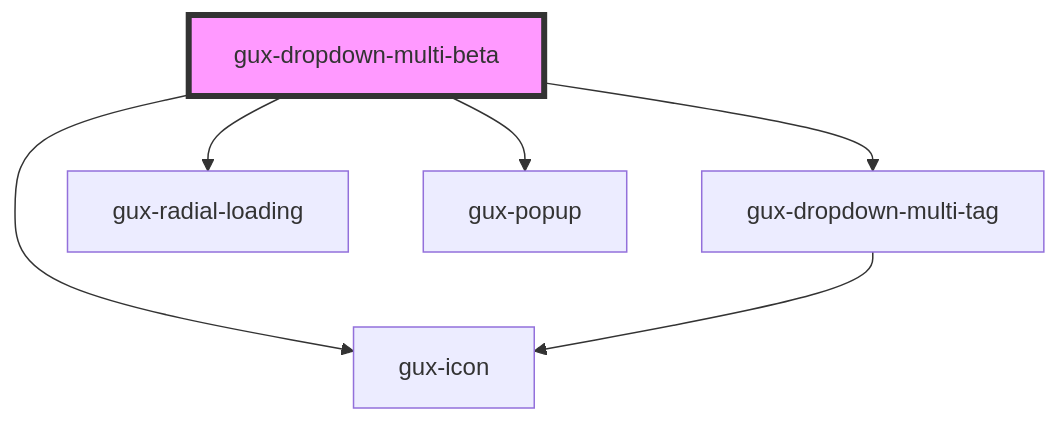
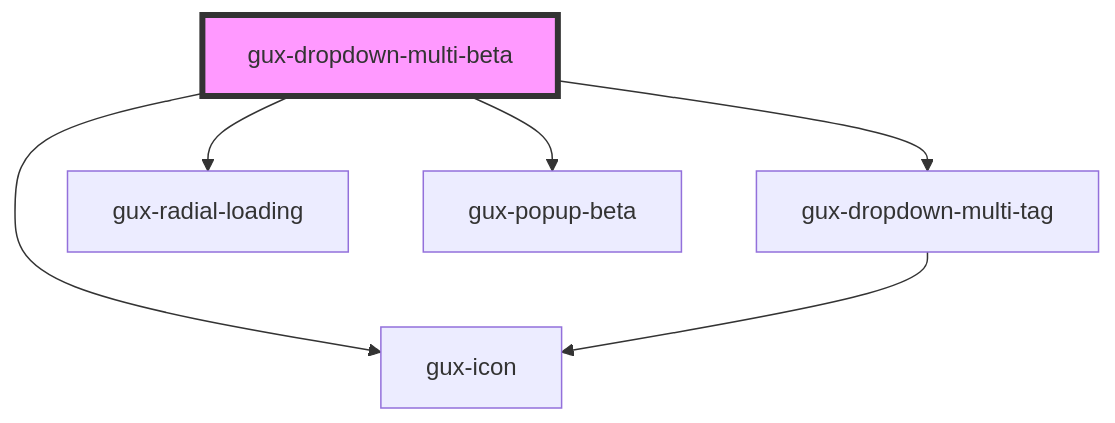
Before and after one commit to MyPureCloud/genesys-spark: the diagram in src/components/beta/gux-dropdown-multi/readme.md, drawn with Mermaid. The commit also changed other lines of this file and 36 other files, not shown here.

First line of the commit message:
feat(gux-popup-beta): replace gux-popup with gux-popup-beta in components (#1145)

````diff
--- a/src/components/beta/gux-dropdown-multi/readme.md
+++ b/src/components/beta/gux-dropdown-multi/readme.md
@@ -60,9 +60,9 @@
 ```mermaid
 graph TD;
   gux-dropdown-multi-beta --> gux-dropdown-multi-tag
   gux-dropdown-multi-beta --> gux-icon
   gux-dropdown-multi-beta --> gux-radial-loading
-  gux-dropdown-multi-beta --> gux-popup
+  gux-dropdown-multi-beta --> gux-popup-beta
   gux-dropdown-multi-tag --> gux-icon
   style gux-dropdown-multi-beta fill:#f9f,stroke:#333,stroke-width:4px
 ```
````
